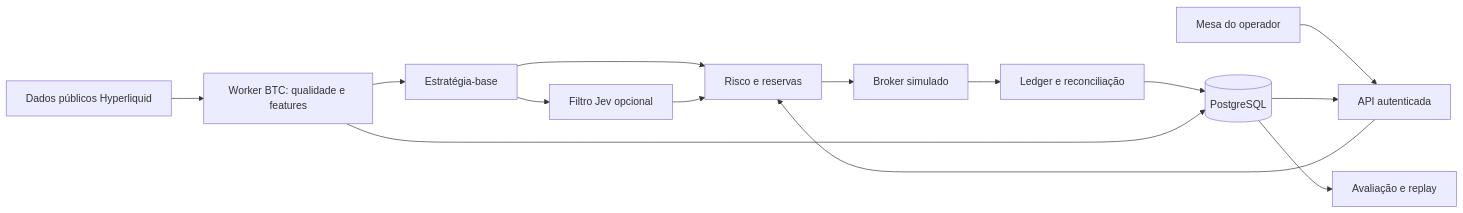
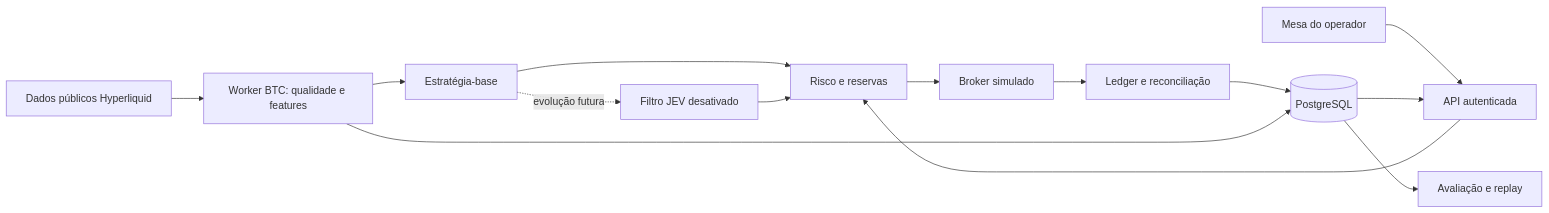
Before and after one commit to henrique-devel/ganso-market: the diagram in docs/PRD-GANSO-2.0.md, drawn with Mermaid. The commit also changed other lines of this file and 34 other files, not shown here.

````diff
--- a/docs/PRD-GANSO-2.0.md
+++ b/docs/PRD-GANSO-2.0.md
@@ -190,16 +195,16 @@
 ```mermaid
 flowchart LR
   H[Dados públicos Hyperliquid] --> W[Worker BTC: qualidade e features]
   W --> B[Estratégia-base]
-  B --> J[Filtro Jev opcional]
+  B -. evolução futura .-> J[Filtro JEV desativado]
   B --> R[Risco e reservas]
   J --> R
   U[Mesa do operador] --> A[API autenticada]
   A --> R
   R --> P[Broker simulado]
   P --> L[Ledger e reconciliação]
   L --> D[(PostgreSQL)]
   W --> D
   D --> A
   D --> E[Avaliação e replay]
 ```
````
